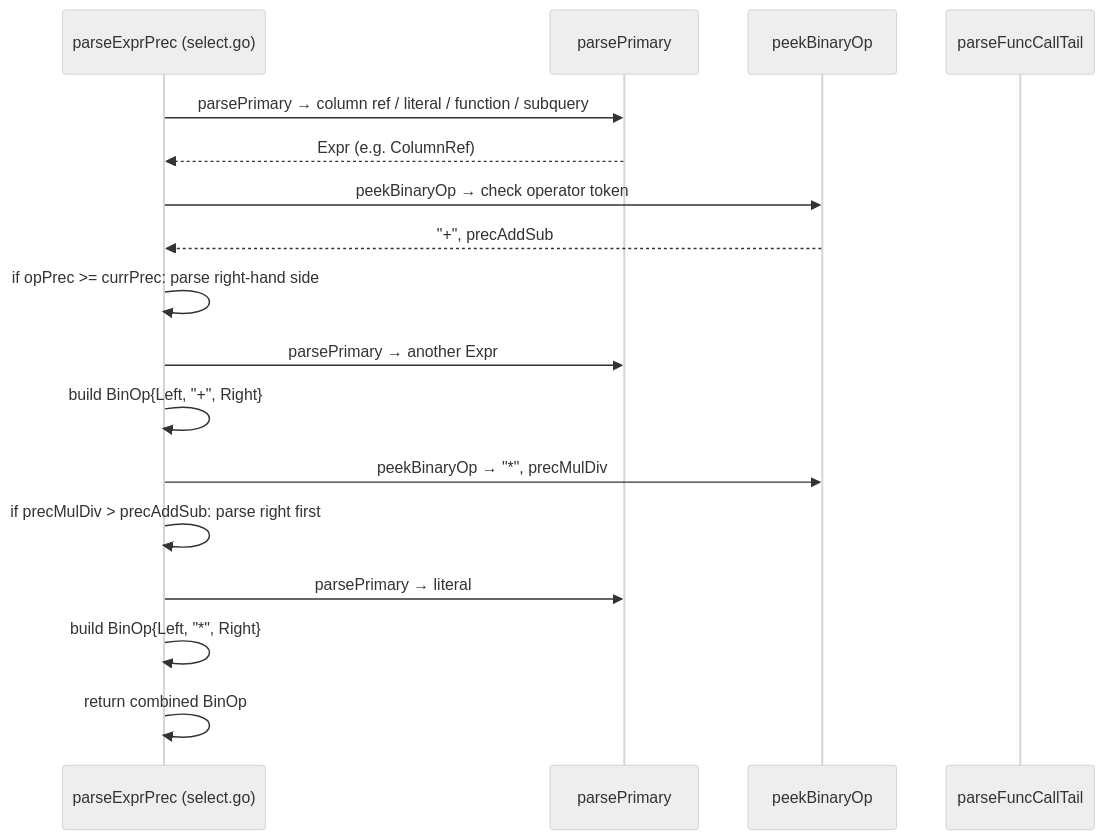
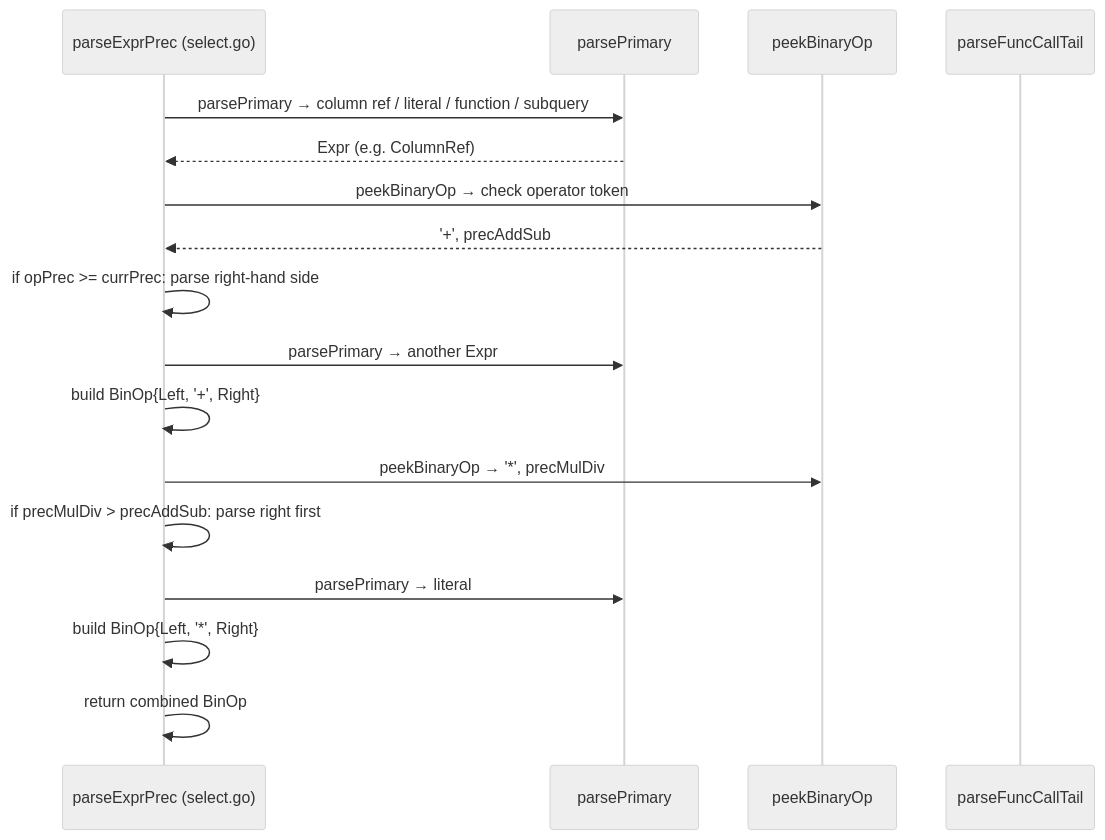
One commit to ryogrid/goopg changed the third of 3 diagrams in docs/wiki/modules/parser.md. Above: the diagram before and after it, drawn with Mermaid (neutral theme). The commit also changed other lines of this file and 24 other files, not shown here.

Commit message:
docs(wiki): fix mermaid syntax errors — reserve keyword LINK, flow chart parens, seq msg quotes/semicolons — M-NIGHTLY

````diff
--- a/docs/wiki/modules/parser.md
+++ b/docs/wiki/modules/parser.md
@@ -281,20 +281,20 @@
 ```mermaid
 sequenceDiagram
     participant P as parseExprPrec (select.go)
     participant PRIM as parsePrimary
     participant BIN as peekBinaryOp
     participant FUNC as parseFuncCallTail
 
     P->>PRIM: parsePrimary → column ref / literal / function / subquery
     PRIM-->>P: Expr (e.g. ColumnRef)
     P->>BIN: peekBinaryOp → check operator token
-    BIN-->>P: "+", precAddSub
+BIN-->>P: '+', precAddSub
     P->>P: if opPrec >= currPrec: parse right-hand side
     P->>PRIM: parsePrimary → another Expr
-    P->>P: build BinOp{Left, "+", Right}
-    P->>BIN: peekBinaryOp → "*", precMulDiv
+P->>P: build BinOp{Left, '+', Right}
+P->>BIN: peekBinaryOp → '*', precMulDiv
     P->>P: if precMulDiv > precAddSub: parse right first
     P->>PRIM: parsePrimary → literal
-    P->>P: build BinOp{Left, "*", Right}
+P->>P: build BinOp{Left, '*', Right}
     P->>P: return combined BinOp
 ```
````
